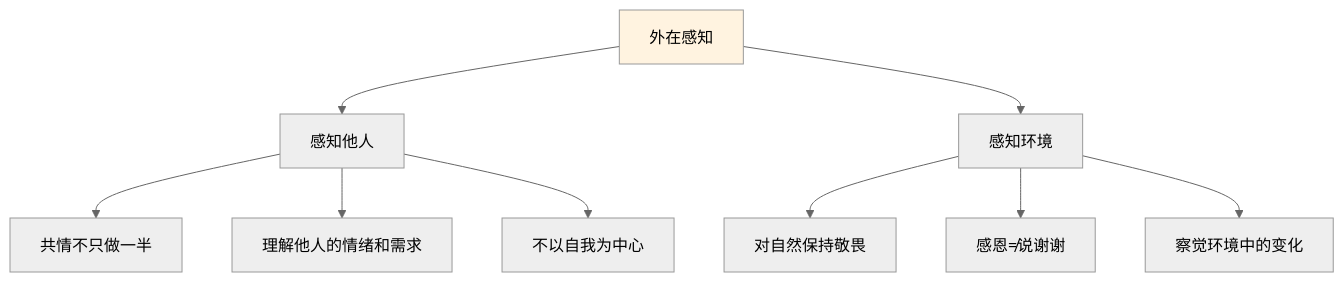
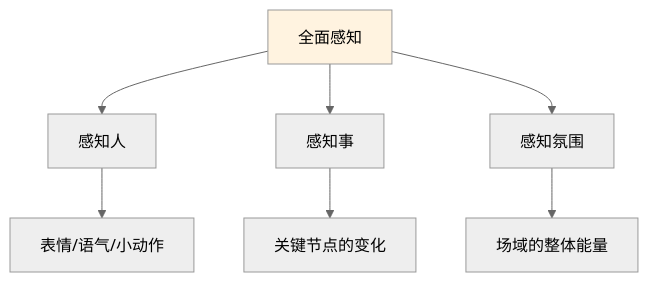
The fourth of 7 diagrams in 10.打工充平常记录/10.自我精进七课/07.底层思维的训练/7.3感知能力的提升.md (chongyang211/YCBookBlog), drawn with Mermaid (neutral theme) before and after one commit. The commit also changed other lines of this file and 55 other files, not shown here.

````diff
--- a/10.打工充平常记录/10.自我精进七课/07.底层思维的训练/7.3感知能力的提升.md
+++ b/10.打工充平常记录/10.自我精进七课/07.底层思维的训练/7.3感知能力的提升.md
@@ -165,12 +156,10 @@
 ```mermaid
 graph TD
-    A[外在感知] --> B[感知他人]
-    A --> C[感知环境]
-    B --> B1[共情不只做一半]
-    B --> B2[理解他人的情绪和需求]
-    B --> B3[不以自我为中心]
-    C --> C1[对自然保持敬畏]
-    C --> C2[感恩≠说谢谢]
-    C --> C3[察觉环境中的变化]
+    A[全面感知] --> B[感知人]
+    A --> C[感知事]
+    A --> D[感知氛围]
+    B --> B1[表情/语气/小动作]
+    C --> C1[关键节点的变化]
+    D --> D1[场域的整体能量]
     style A fill:#fff3e0
 ```
````
